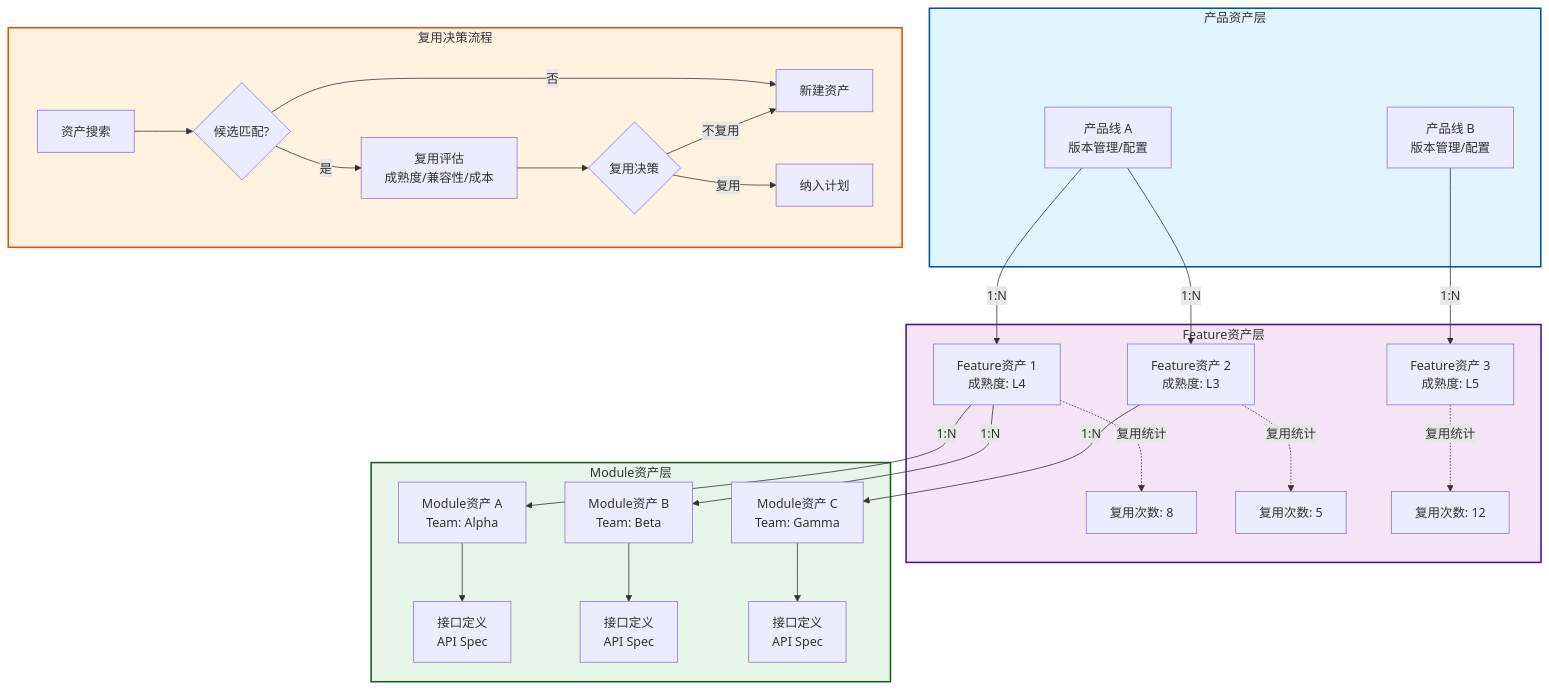
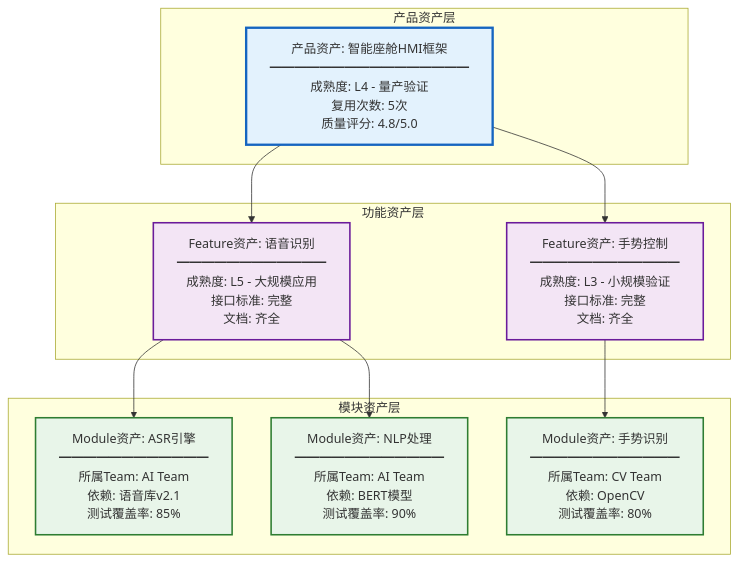
Before and after one commit to zjx-immersion/auto-rd-platform-prototype: diagram 13 of 30 in platform-design/AUTO_RD_PLATFORM_DESIGN_MERMAID.md, drawn with Mermaid. The commit also changed other lines of this file, not shown here.

````diff
--- a/platform-design/AUTO_RD_PLATFORM_DESIGN_MERMAID.md
+++ b/platform-design/AUTO_RD_PLATFORM_DESIGN_MERMAID.md
@@ -702,41 +517,33 @@
 ```mermaid
 graph TB
-    subgraph Product["产品资产层"]
-        P1[产品线 A<br/>版本管理/配置]
-        P2[产品线 B<br/>版本管理/配置]
+    subgraph Product层["产品资产层"]
+        PA1[产品资产: 智能座舱HMI框架<br/>━━━━━━━━━━━━━━━━<br/>成熟度: L4 - 量产验证<br/>复用次数: 5次<br/>质量评分: 4.8/5.0]
     end
 
-    subgraph FeatureAsset["Feature资产层"]
-        P1 -->|1:N| FA1[Feature资产 1<br/>成熟度: L4]
-        P1 -->|1:N| FA2[Feature资产 2<br/>成熟度: L3]
-        P2 -->|1:N| FA3[Feature资产 3<br/>成熟度: L5]
-
-        FA1 -.->|复用统计| RC1[复用次数: 8]
-        FA2 -.->|复用统计| RC2[复用次数: 5]
-        FA3 -.->|复用统计| RC3[复用次数: 12]
+    subgraph Feature层["功能资产层"]
+        FA1[Feature资产: 语音识别<br/>━━━━━━━━━━━━<br/>成熟度: L5 - 大规模应用<br/>接口标准: 完整<br/>文档: 齐全]
+        
+        FA2[Feature资产: 手势控制<br/>━━━━━━━━━━━━<br/>成熟度: L3 - 小规模验证<br/>接口标准: 完整<br/>文档: 齐全]
     end
 
-    subgraph ModuleAsset["Module资产层"]
-        FA1 -->|1:N| MA1[Module资产 A<br/>Team: Alpha]
-        FA1 -->|1:N| MA2[Module资产 B<br/>Team: Beta]
-        FA2 -->|1:N| MA3[Module资产 C<br/>Team: Gamma]
-
-        MA1 --> I1[接口定义<br/>API Spec]
-        MA2 --> I2[接口定义<br/>API Spec]
-        MA3 --> I3[接口定义<br/>API Spec]
+    subgraph Module层["模块资产层"]
+        MA1[Module资产: ASR引擎<br/>━━━━━━━━━━━━<br/>所属Team: AI Team<br/>依赖: 语音库v2.1<br/>测试覆盖率: 85%]
+        
+        MA2[Module资产: NLP处理<br/>━━━━━━━━━━━━<br/>所属Team: AI Team<br/>依赖: BERT模型<br/>测试覆盖率: 90%]
+        
+        MA3[Module资产: 手势识别<br/>━━━━━━━━━━━━<br/>所属Team: CV Team<br/>依赖: OpenCV<br/>测试覆盖率: 80%]
     end
 
-    subgraph Reuse["复用决策流程"]
-        Search[资产搜索] --> Match{候选匹配?}
-        Match -->|是| Eval[复用评估<br/>成熟度/兼容性/成本]
-        Match -->|否| New[新建资产]
-        Eval --> Decision{复用决策}
-        Decision -->|复用| Plan[纳入计划]
-        Decision -->|不复用| New
-    end
+    PA1 --> FA1
+    PA1 --> FA2
+    FA1 --> MA1
+    FA1 --> MA2
+    FA2 --> MA3
 
-    style Product fill:#e1f5fe,stroke:#01579b,stroke-width:2px
-    style FeatureAsset fill:#f3e5f5,stroke:#4a148c,stroke-width:2px
-    style ModuleAsset fill:#e8f5e9,stroke:#1b5e20,stroke-width:2px
-    style Reuse fill:#fff3e0,stroke:#e65100,stroke-width:2px
+    style PA1 fill:#e3f2fd,stroke:#1565c0,stroke-width:3px
+    style FA1 fill:#f3e5f5,stroke:#6a1b9a,stroke-width:2px
+    style FA2 fill:#f3e5f5,stroke:#6a1b9a,stroke-width:2px
+    style MA1 fill:#e8f5e9,stroke:#2e7d32,stroke-width:2px
+    style MA2 fill:#e8f5e9,stroke:#2e7d32,stroke-width:2px
+    style MA3 fill:#e8f5e9,stroke:#2e7d32,stroke-width:2px
 ```
````
